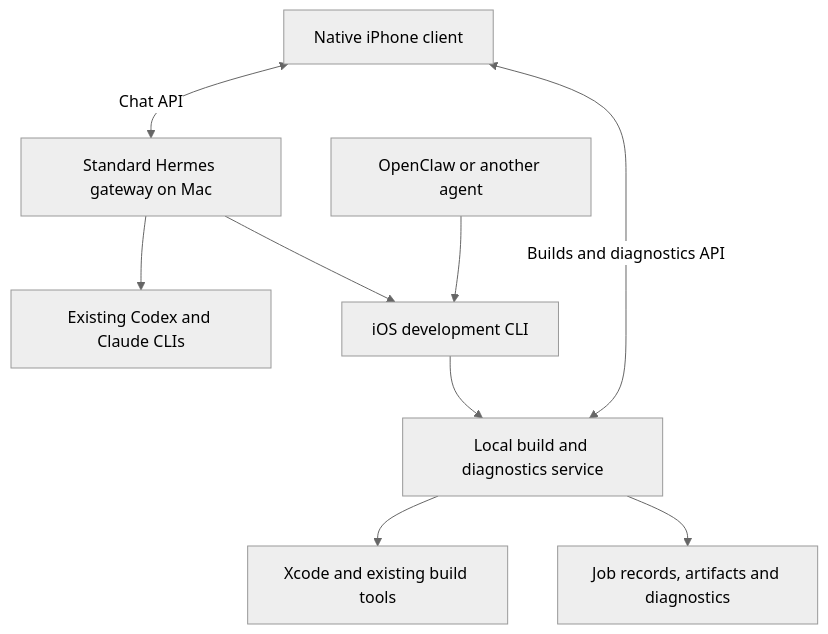
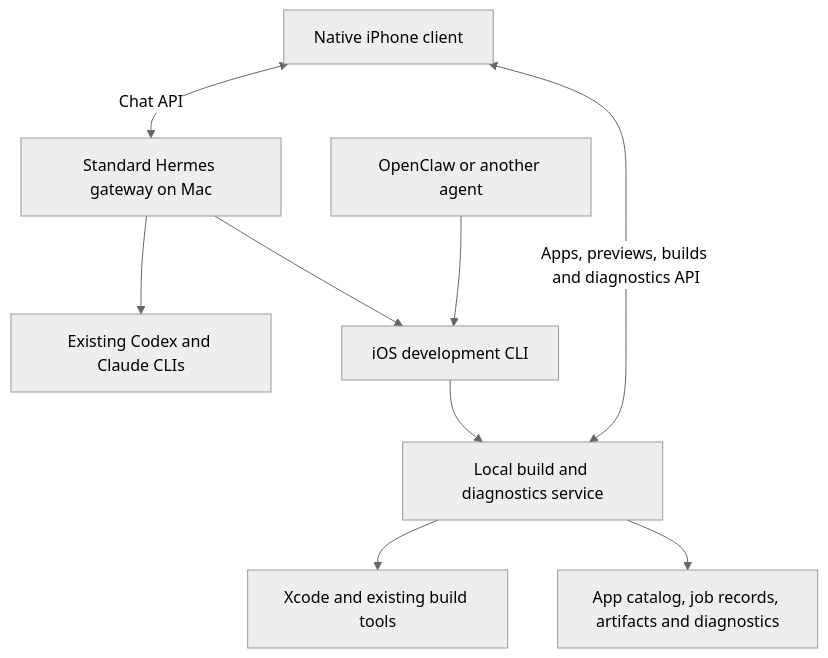
One commit to achimala/Squircle changed the diagram in docs/architecture.md. Above: the diagram before and after it, drawn with Mermaid (neutral theme). The commit also changed other lines of this file and 5 other files, not shown here.

````diff
--- a/docs/architecture.md
+++ b/docs/architecture.md
@@ -7,11 +7,11 @@
 ```mermaid
 flowchart TD
     Phone[Native iPhone client] <-->|Chat API| Hermes[Standard Hermes gateway on Mac]
     Hermes --> Workers[Existing Codex and Claude CLIs]
     Hermes --> CLI[iOS development CLI]
     Other[OpenClaw or another agent] --> CLI
     CLI --> Core[Local build and diagnostics service]
-    Phone <-->|Builds and diagnostics API| Core
+    Phone <-->|Apps, previews, builds and diagnostics API| Core
     Core --> Build[Xcode and existing build tools]
-    Core --> Storage[Job records, artifacts and diagnostics]
+    Core --> Storage[App catalog, job records, artifacts and diagnostics]
 ```
````
